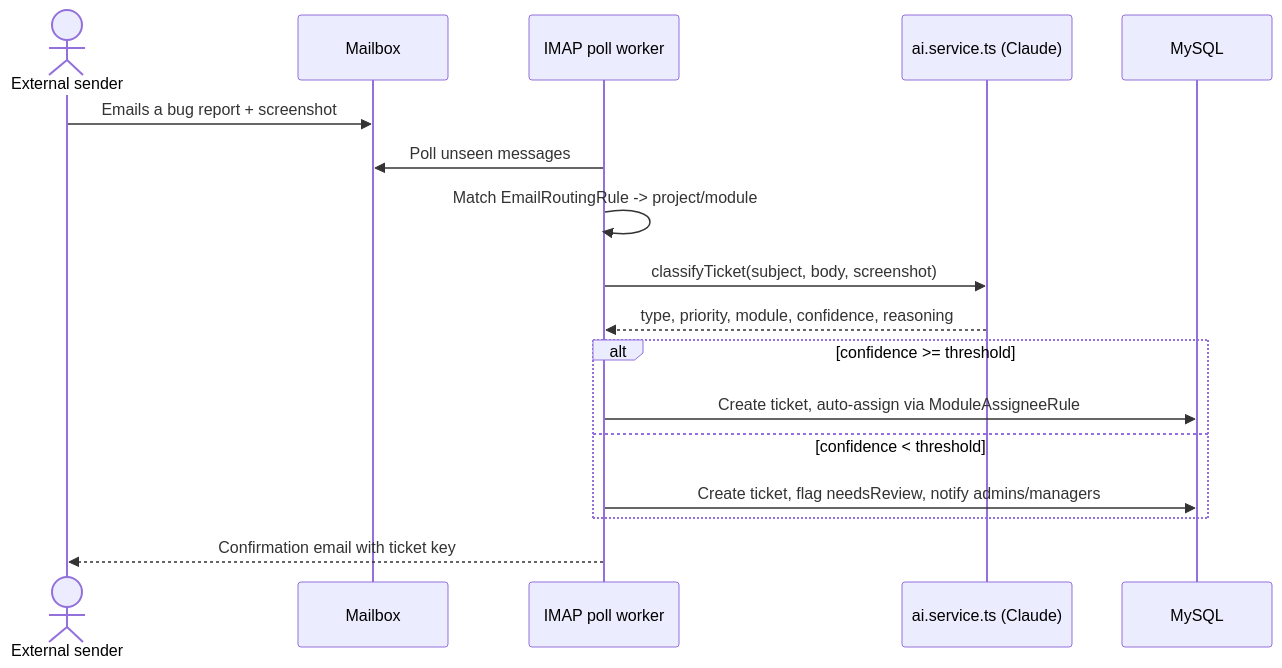
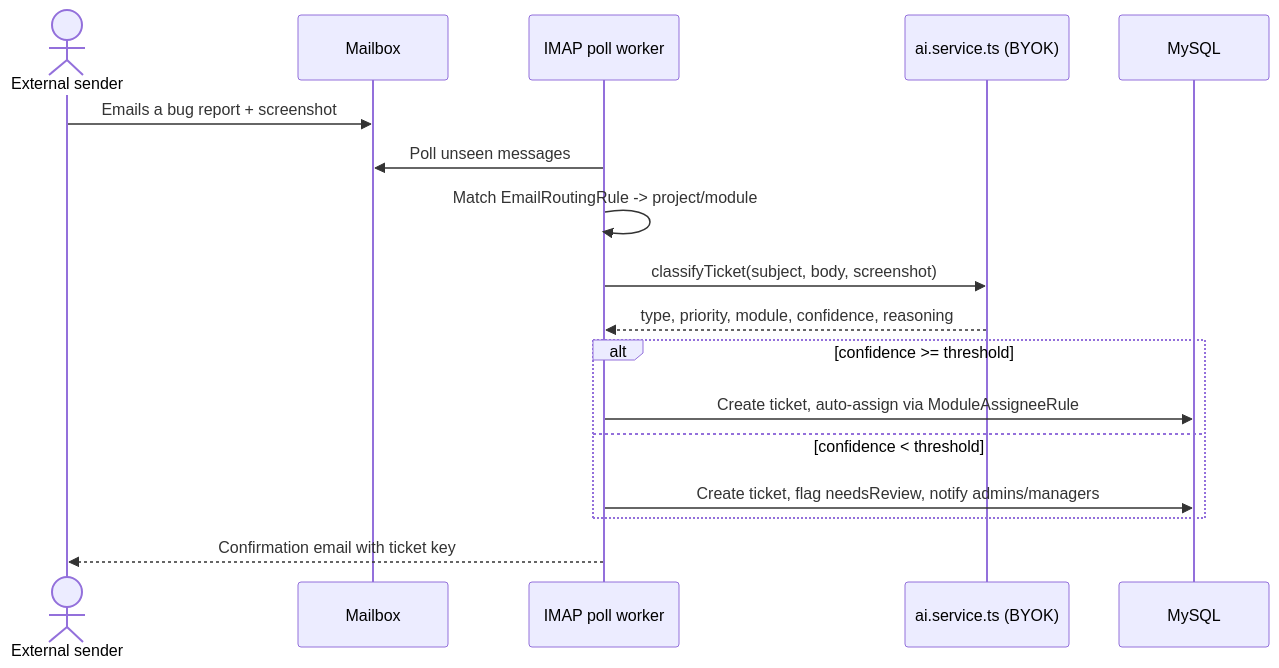
The third of 3 diagrams in README.md (adityapuppala1/TimeSheet), drawn with Mermaid before and after one commit. The commit also changed other lines of this file and 51 other files, not shown here.

````diff
--- a/README.md
+++ b/README.md
@@ -194,20 +252,20 @@
 ```mermaid
 sequenceDiagram
   actor Sender as External sender
   participant Mailbox
   participant Worker as IMAP poll worker
-  participant AI as ai.service.ts (Claude)
+  participant AI as ai.service.ts (BYOK)
   participant DB as MySQL
 
   Sender->>Mailbox: Emails a bug report + screenshot
   Worker->>Mailbox: Poll unseen messages
   Worker->>Worker: Match EmailRoutingRule -> project/module
   Worker->>AI: classifyTicket(subject, body, screenshot)
   AI-->>Worker: type, priority, module, confidence, reasoning
   alt confidence >= threshold
     Worker->>DB: Create ticket, auto-assign via ModuleAssigneeRule
   else confidence < threshold
     Worker->>DB: Create ticket, flag needsReview, notify admins/managers
   end
   Worker-->>Sender: Confirmation email with ticket key
 ```
````
